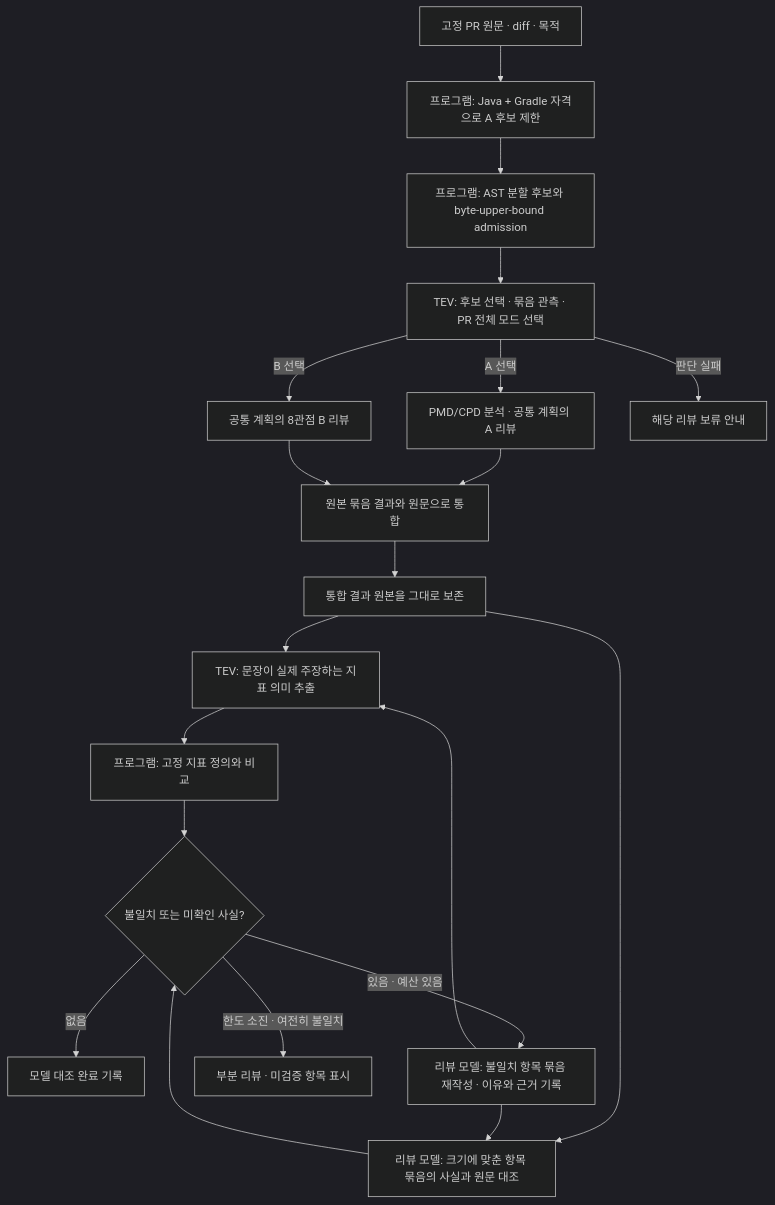
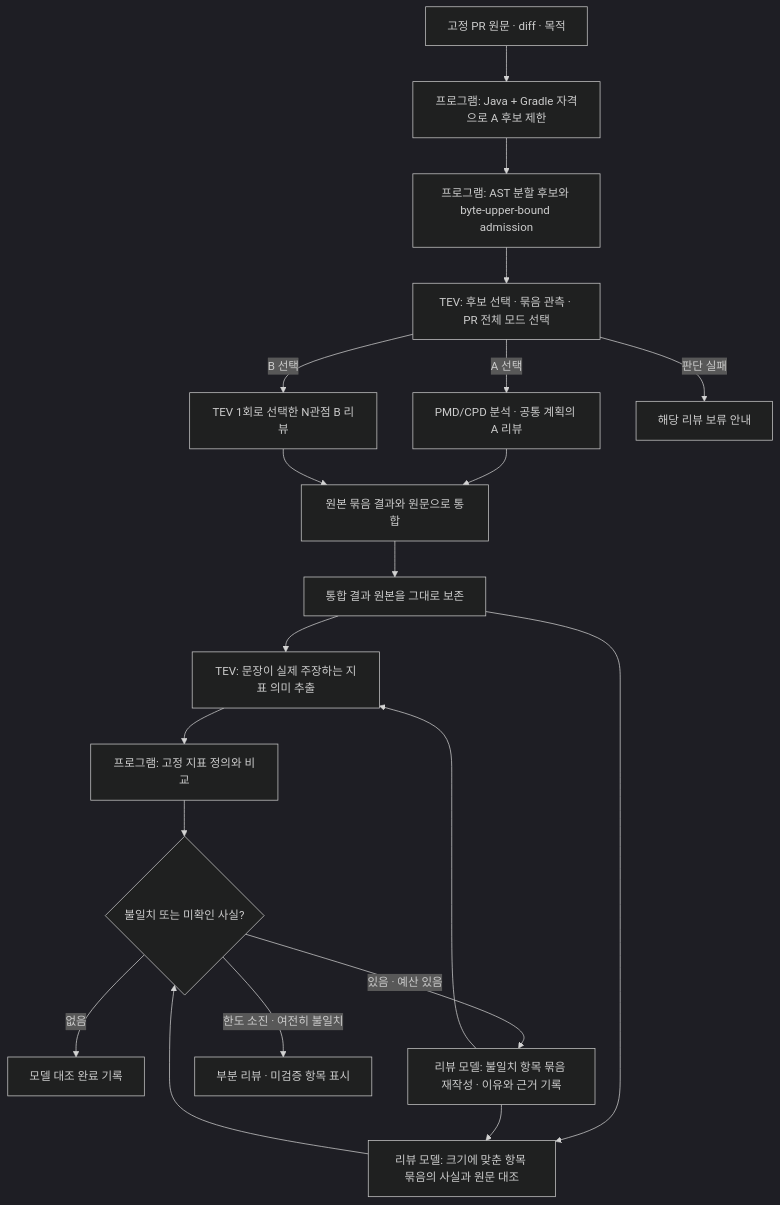
One commit to pureliture/intent-review-bot changed the diagram in docs/review-fact-verification.md. Above: the diagram before and after it, drawn with Mermaid (dark theme). The commit also changed other lines of this file and 15 other files, not shown here.

````diff
--- a/docs/review-fact-verification.md
+++ b/docs/review-fact-verification.md
@@ -19,22 +19,22 @@
 ```mermaid
 flowchart TD
     F[고정 PR 원문 · diff · 목적] --> E[프로그램: Java + Gradle 자격으로 A 후보 제한]
     E --> P[프로그램: AST 분할 후보와 byte-upper-bound admission]
     P --> T[TEV: 후보 선택 · 묶음 관측 · PR 전체 모드 선택]
     T -->|A 선택| A[PMD/CPD 분석 · 공통 계획의 A 리뷰]
-    T -->|B 선택| B[공통 계획의 8관점 B 리뷰]
+    T -->|B 선택| B[TEV 1회로 선택한 N관점 B 리뷰]
     T -->|판단 실패| N[해당 리뷰 보류 안내]
     A --> I[원본 묶음 결과와 원문으로 통합]
     B --> I
     I --> O[통합 결과 원본을 그대로 보존]
     O --> M[TEV: 문장이 실제 주장하는 지표 의미 추출]
     M --> D[프로그램: 고정 지표 정의와 비교]
     O --> C[리뷰 모델: 크기에 맞춘 항목 묶음의 사실과 원문 대조]
     D --> G{불일치 또는 미확인 사실?}
     C --> G
     G -->|없음| R[모델 대조 완료 기록]
     G -->|있음 · 예산 있음| W[리뷰 모델: 불일치 항목 묶음 재작성 · 이유와 근거 기록]
     W --> M
     W --> C
     G -->|한도 소진 · 여전히 불일치| U[부분 리뷰 · 미검증 항목 표시]
 ```
````
